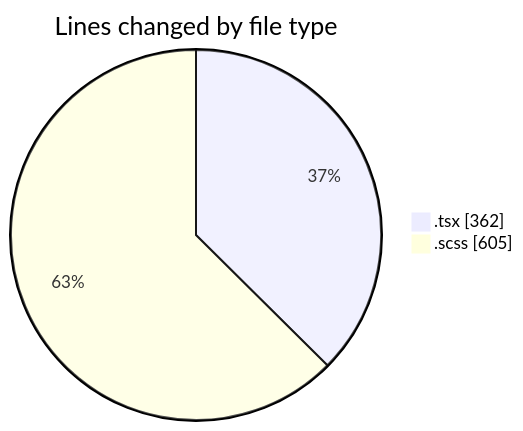
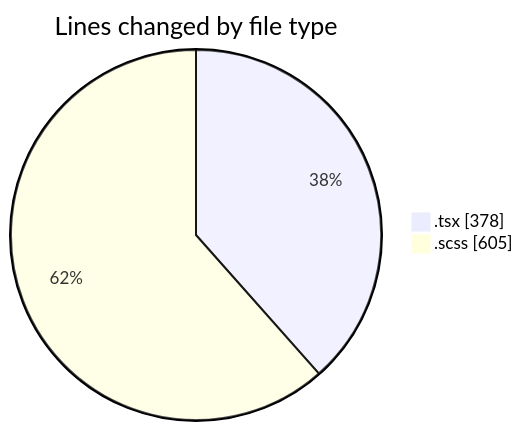
The first of 2 diagrams in 2025-03-27/cda/README.md (momahboobian/code-tracking), drawn with Mermaid before and after one commit. The commit also changed other lines of this file and 1 other file, not shown here.

````diff
--- a/2025-03-27/cda/README.md
+++ b/2025-03-27/cda/README.md
@@ -21,6 +21,6 @@
 ```mermaid
 pie showData
 title Lines changed by file type
-".tsx" : 362
+".tsx" : 378
 ".scss" : 605
 ```
````
